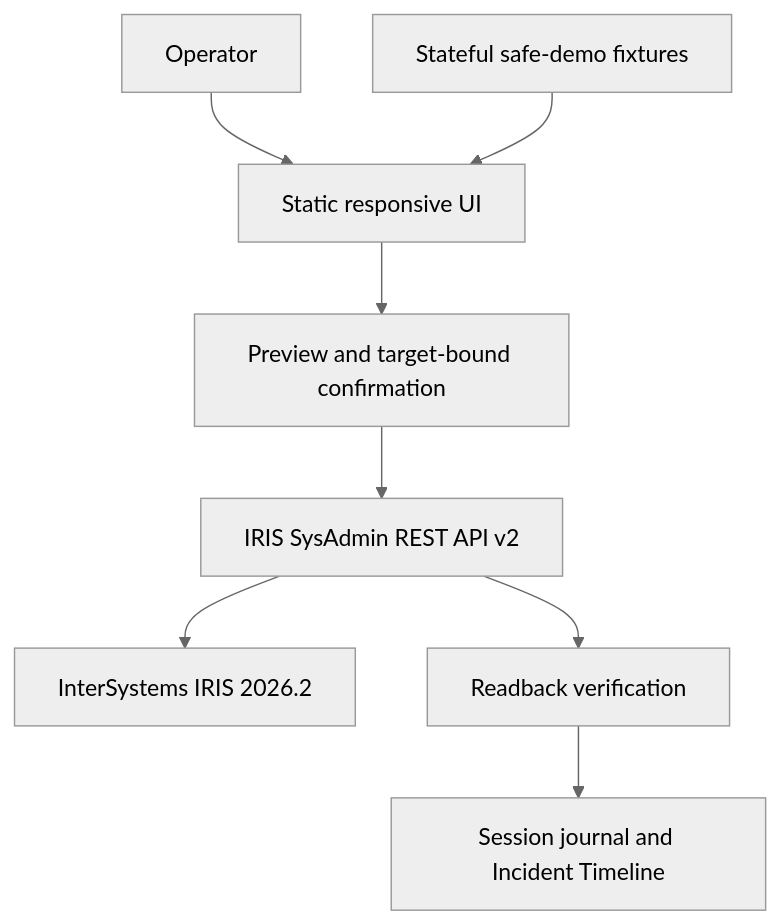
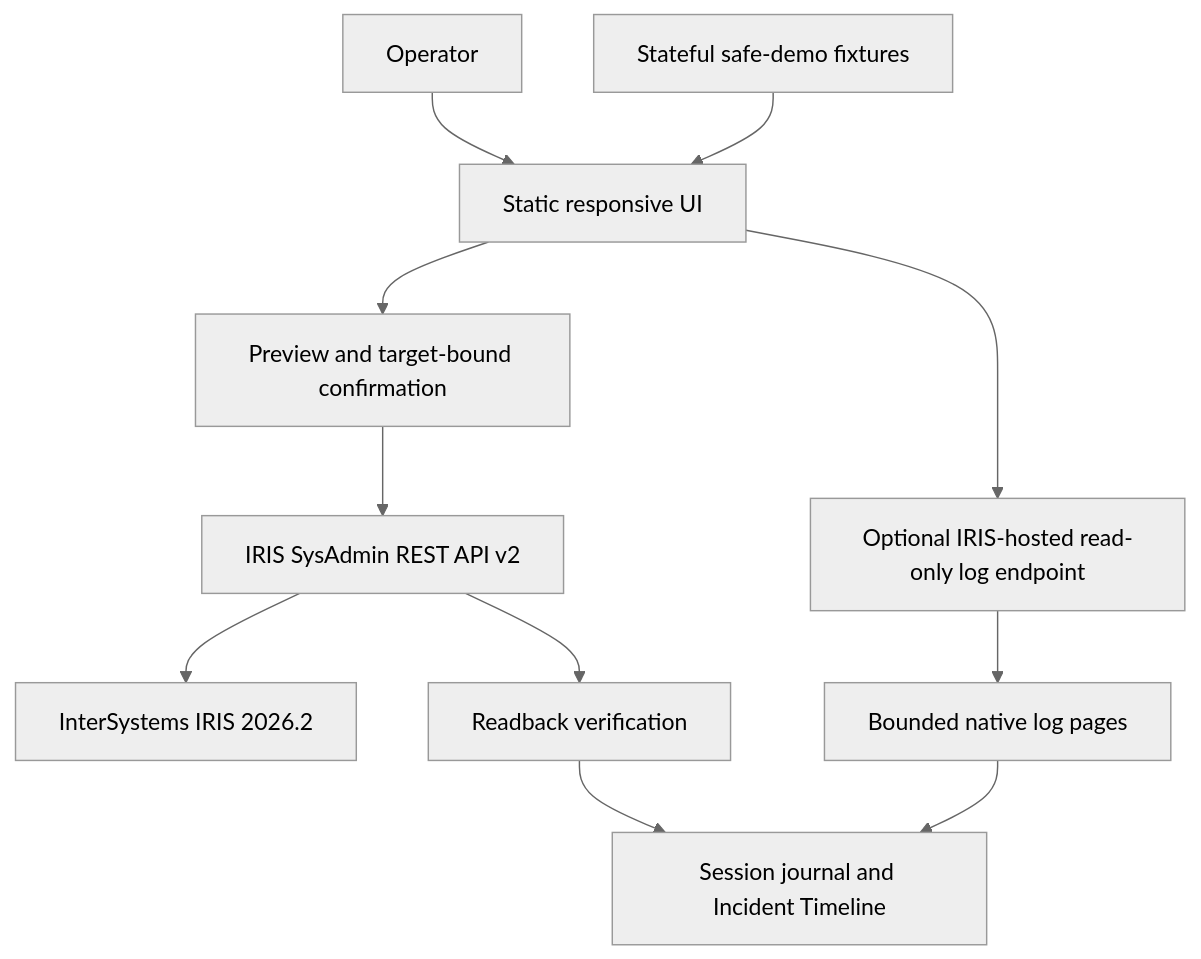
The diagram in README.md (seypherWork/iris-ops-studio), drawn with Mermaid (neutral theme) before and after one commit. The commit also changed other lines of this file and 38 other files, not shown here.

````diff
--- a/README.md
+++ b/README.md
@@ -327,10 +385,13 @@
 ```mermaid
 flowchart TD
     Operator[Operator] --> UI[Static responsive UI]
     UI --> Guard[Preview and target-bound confirmation]
     Guard --> API[IRIS SysAdmin REST API v2]
     API --> IRIS[InterSystems IRIS 2026.2]
     API --> Verify[Readback verification]
     Verify --> Timeline[Session journal and Incident Timeline]
+    UI --> LogApi[Optional IRIS-hosted read-only log endpoint]
+    LogApi --> NativeLogs[Bounded native log pages]
+    NativeLogs --> Timeline
     Demo[Stateful safe-demo fixtures] --> UI
 ```
````
